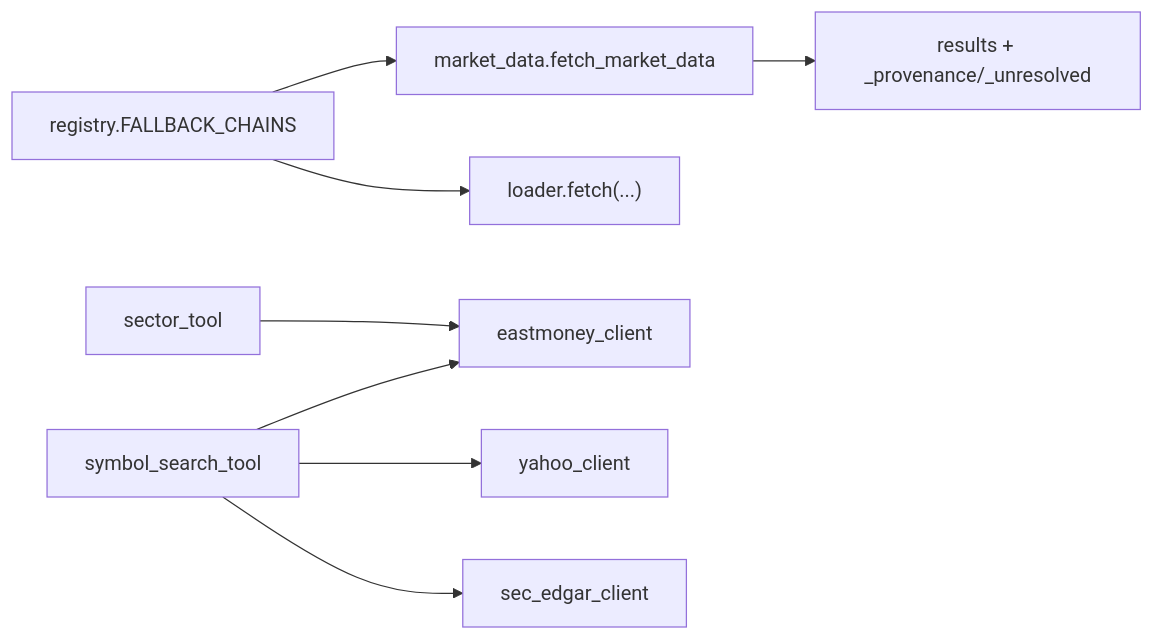
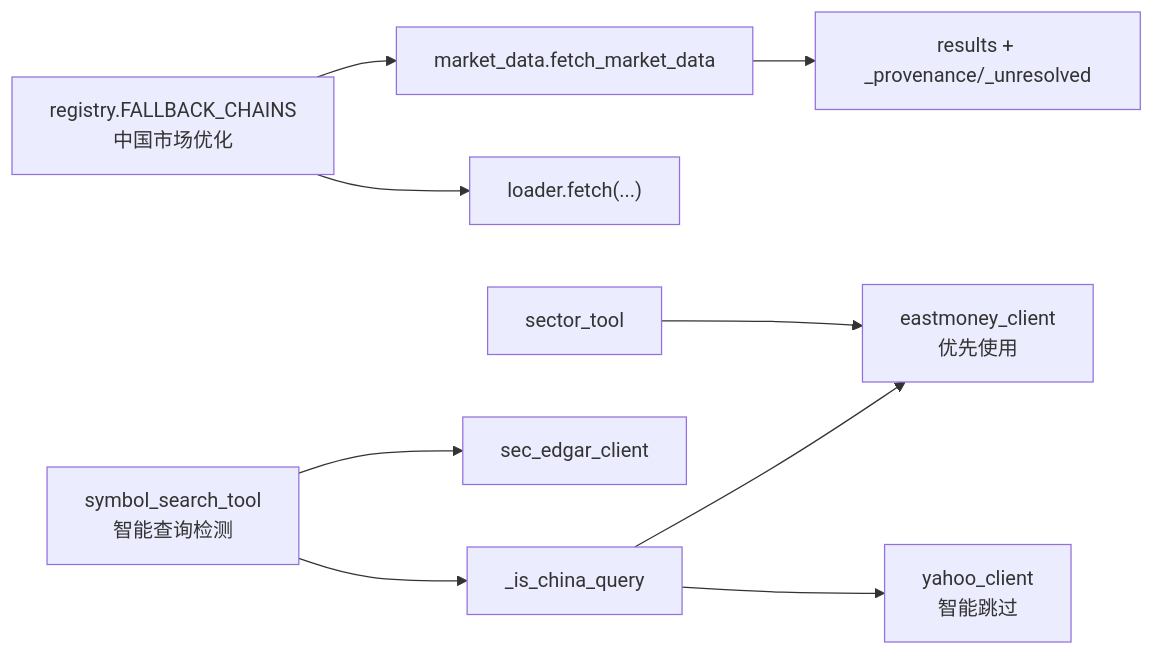
Before and after one commit to 20012002er/Vibe-Trading: the sixth of 6 diagrams in .qoder/repowiki/zh/content/AI代理系统/工具系统/内置工具库/市场数据工具.md, drawn with Mermaid. The commit also changed other lines of this file and 6 other files, not shown here.

First line of the commit message:
docs(market-data): 更新市场数据工具文档并增强中国查询检测

````diff
--- a/.qoder/repowiki/zh/content/AI代理系统/工具系统/内置工具库/市场数据工具.md
+++ b/.qoder/repowiki/zh/content/AI代理系统/工具系统/内置工具库/市场数据工具.md
@@ -267,10 +298,11 @@
 ```mermaid
 graph LR
-REG["registry.FALLBACK_CHAINS"] --> MD["market_data.fetch_market_data"]
+REG["registry.FALLBACK_CHAINS<br/>中国市场优化"] --> MD["market_data.fetch_market_data"]
 REG --> LDR["loader.fetch(...)"]
 MD --> RES["results + _provenance/_unresolved"]
-SST["symbol_search_tool"] --> EM["eastmoney_client"]
-SST --> YH["yahoo_client"]
+SST["symbol_search_tool<br/>智能查询检测"] --> CQ["_is_china_query"]
+CQ --> EM["eastmoney_client<br/>优先使用"]
+CQ --> YH["yahoo_client<br/>智能跳过"]
 SST --> SEC["sec_edgar_client"]
 STT["sector_tool"] --> EM
 ```
````
